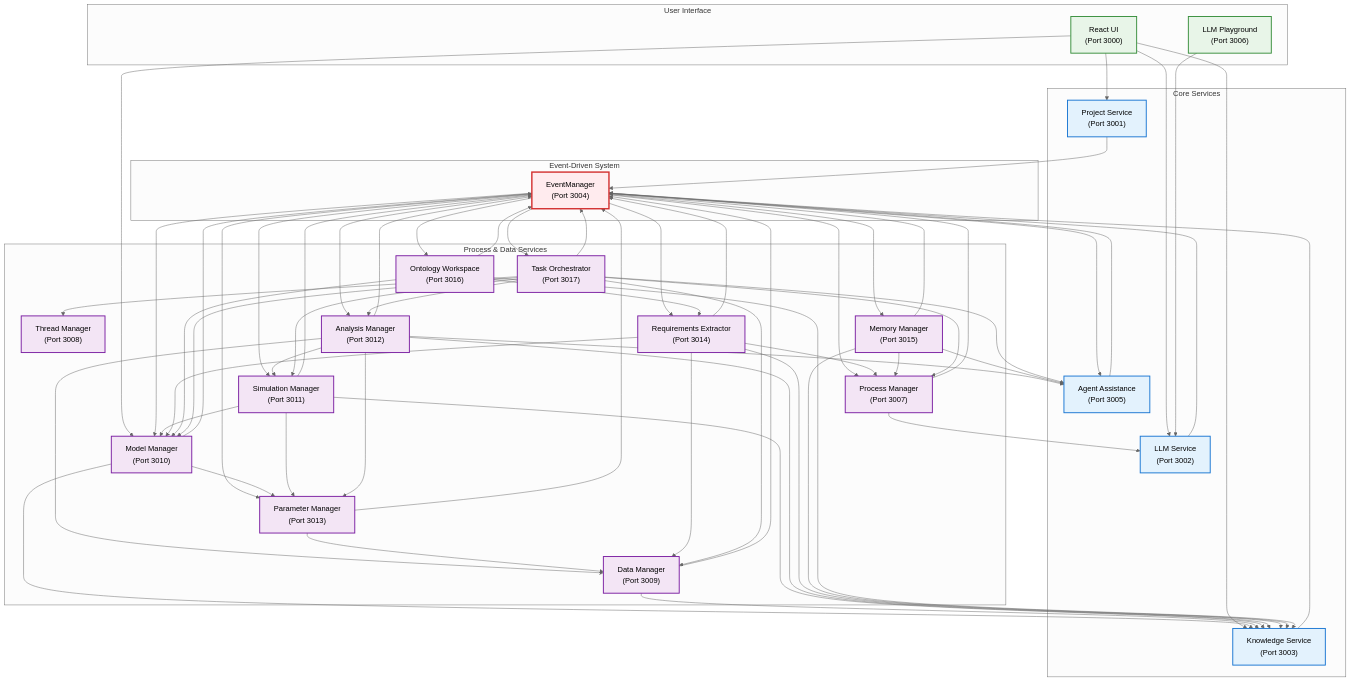
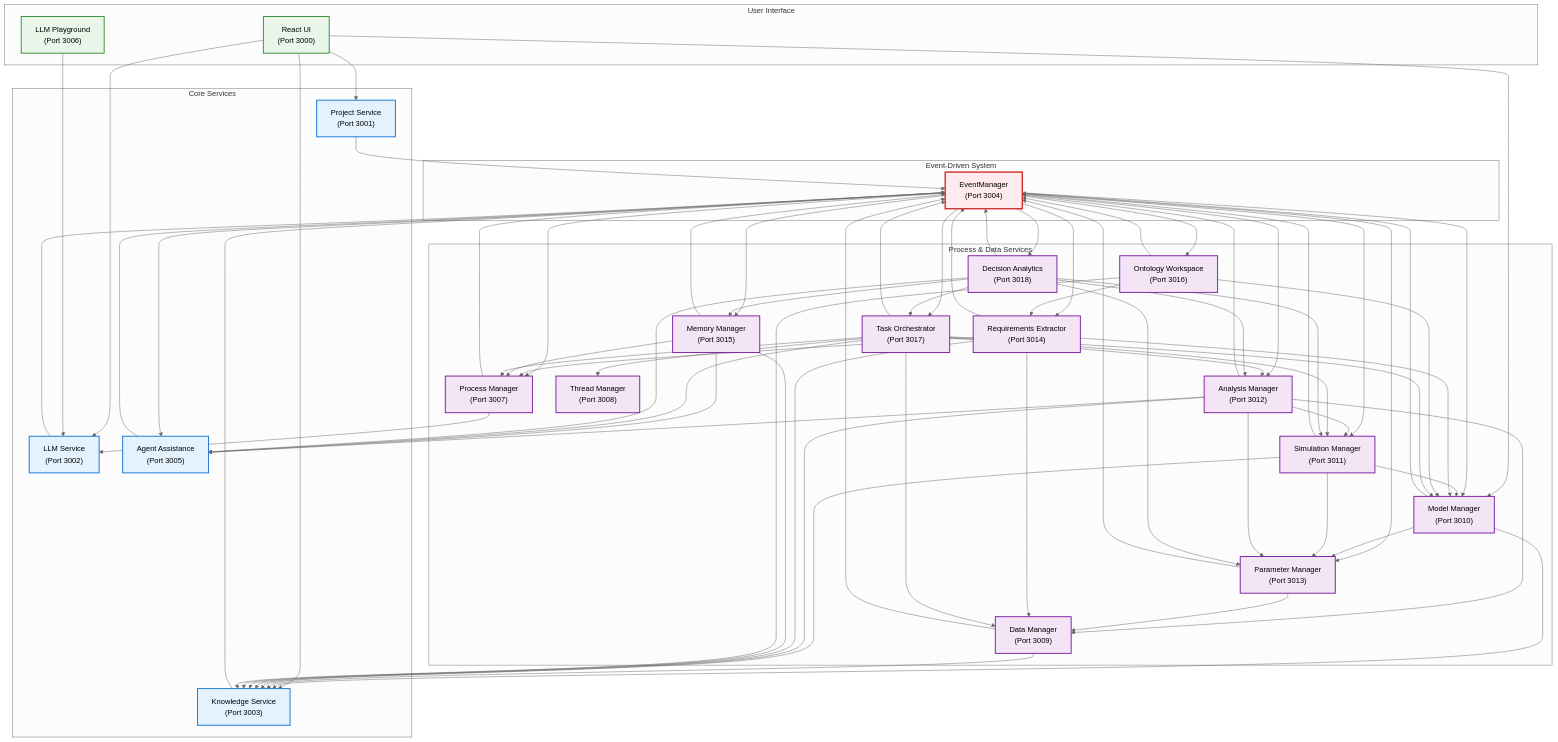
One commit to laserpointlabs/dadms changed the first of 2 diagrams in docs/architecture/README.md. Above: the diagram before and after it, drawn with Mermaid (neutral theme). The commit also changed other lines of this file and 5 other files, not shown here.

First line of the commit message:
feat: Add Decision Analytics API documentation and architecture updates

````diff
--- a/docs/architecture/README.md
+++ b/docs/architecture/README.md
@@ -45,6 +45,7 @@
         MemoryManager["Memory Manager<br/>(Port 3015)"]
         OntologyWorkspace["Ontology Workspace<br/>(Port 3016)"]
         TaskOrchestrator["Task Orchestrator<br/>(Port 3017)"]
+        DecisionAnalytics["Decision Analytics<br/>(Port 3018)"]
     end
     
     %% UI connections
@@ -69,6 +70,7 @@
     MemoryManager --> EventManager
     OntologyWorkspace --> EventManager
     TaskOrchestrator --> EventManager
+    DecisionAnalytics --> EventManager
     
     %% EventManager back to services
     EventManager --> AAS
@@ -81,6 +83,7 @@
     EventManager --> MemoryManager
     EventManager --> OntologyWorkspace
     EventManager --> TaskOrchestrator
+    EventManager --> DecisionAnalytics
     
     %% Service interconnections
     ProcessManager --> LLMService
@@ -113,6 +116,12 @@
     TaskOrchestrator --> DataManager
     TaskOrchestrator --> SimulationManager
     TaskOrchestrator --> AnalysisManager
+    DecisionAnalytics --> AnalysisManager
+    DecisionAnalytics --> SimulationManager
+    DecisionAnalytics --> MemoryManager
+    DecisionAnalytics --> ParameterManager
+    DecisionAnalytics --> TaskOrchestrator
+    DecisionAnalytics --> AAS
     
     classDef ui fill:#e8f5e8,stroke:#388e3c,stroke-width:2px;
     classDef core fill:#e3f2fd,stroke:#1976d2,stroke-width:2px;
@@ -122,5 +131,5 @@
     class WebUI,Playground ui;
     class ProjectService,LLMService,KnowledgeService,AAS core;
     class EventManager event;
-    class ProcessManager,ThreadManager,DataManager,ModelManager,SimulationManager,AnalysisManager,ParameterManager,RequirementsExtractor,MemoryManager,OntologyWorkspace,TaskOrchestrator process;
+    class ProcessManager,ThreadManager,DataManager,ModelManager,SimulationManager,AnalysisManager,ParameterManager,RequirementsExtractor,MemoryManager,OntologyWorkspace,TaskOrchestrator,DecisionAnalytics process;
 ```
````
